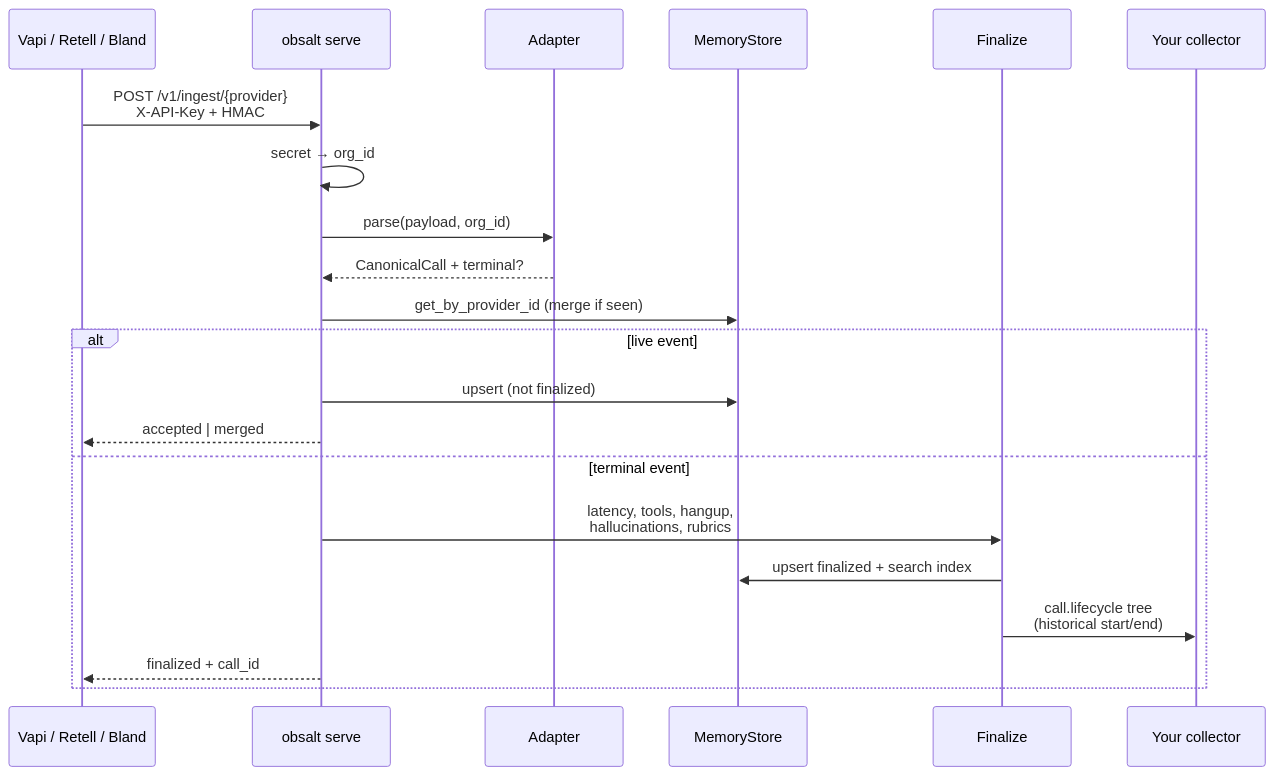
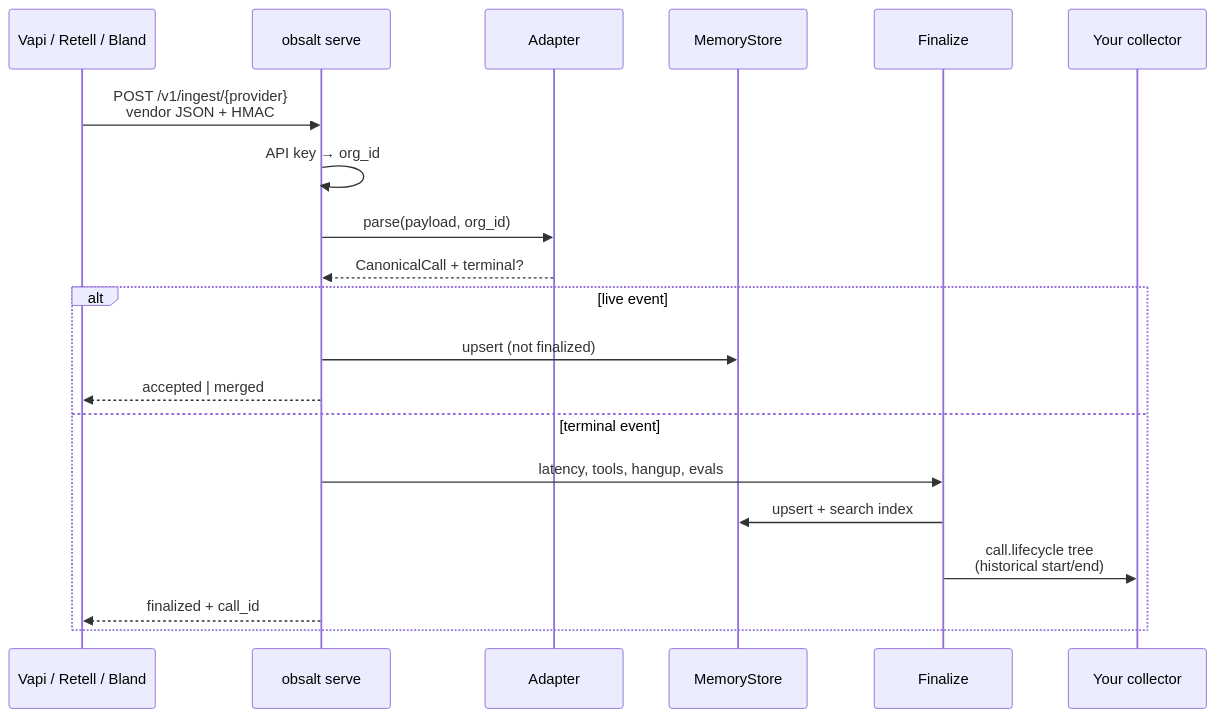
One commit to obsalt/obsalt-legacy changed the first of 4 diagrams in docs/data-flow.md. Above: the diagram before and after it, drawn with Mermaid. The commit also changed other lines of this file and 50 other files, not shown here.

````diff
--- a/docs/data-flow.md
+++ b/docs/data-flow.md
@@ -7,24 +7,23 @@
 ```mermaid
 sequenceDiagram
   participant P as Vapi / Retell / Bland
   participant API as obsalt serve
   participant Ad as Adapter
   participant Store as MemoryStore
   participant Pipe as Finalize
   participant OTLP as Your collector
 
-  P->>API: POST /v1/ingest/{provider}<br/>X-API-Key + HMAC
-  API->>API: secret → org_id
+  P->>API: POST /v1/ingest/{provider}<br/>vendor JSON + HMAC
+  API->>API: API key → org_id
   API->>Ad: parse(payload, org_id)
   Ad-->>API: CanonicalCall + terminal?
-  API->>Store: get_by_provider_id (merge if seen)
   alt live event
     API->>Store: upsert (not finalized)
     API-->>P: accepted | merged
   else terminal event
-    API->>Pipe: latency, tools, hangup,<br/>hallucinations, rubrics
-    Pipe->>Store: upsert finalized + search index
+    API->>Pipe: latency, tools, hangup, evals
+    Pipe->>Store: upsert + search index
     Pipe->>OTLP: call.lifecycle tree<br/>(historical start/end)
     API-->>P: finalized + call_id
   end
 ```
````
